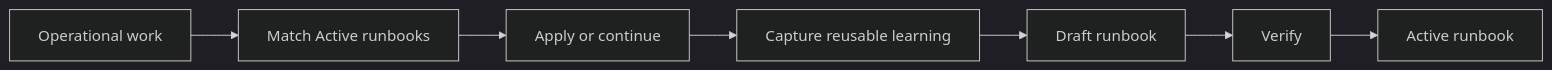
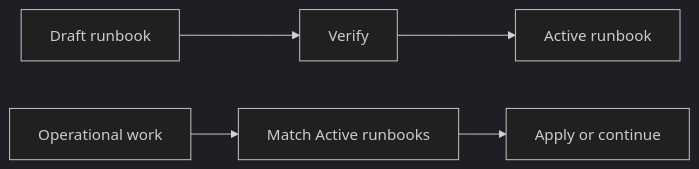
Before and after one commit to AlexAgo83/logics-manager: the diagram in logics/product/prod_074_a_discoverable_library_of_operational_runbooks.md, drawn with Mermaid (dark theme). The commit also changed other lines of this file and 5 other files, not shown here.

````diff
--- a/logics/product/prod_074_a_discoverable_library_of_operational_runbooks.md
+++ b/logics/product/prod_074_a_discoverable_library_of_operational_runbooks.md
@@ -14,9 +14,7 @@
 ```mermaid
 flowchart LR
+  Draft[Draft runbook] --> Verify[Verify]
+  Verify --> Active[Active runbook]
   Work[Operational work] --> Match[Match Active runbooks]
   Match --> Apply[Apply or continue]
-  Apply --> Capture[Capture reusable learning]
-  Capture --> Draft[Draft runbook]
-  Draft --> Verify[Verify]
-  Verify --> Active[Active runbook]
 ```
````
